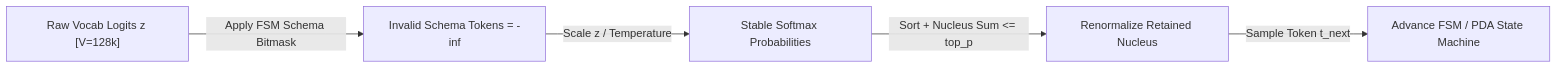
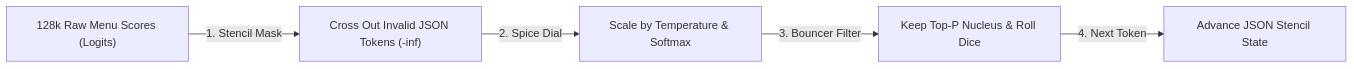
One commit to manjunathk833/codingforinterviews changed the diagram in knowledgebase/05-ai-engineering/07-sampling-physics-and-constrained-structured-outputs.md. Above: the diagram before and after it, drawn with Mermaid. The commit also changed other lines of this file and 55 other files, not shown here.

````diff
--- a/knowledgebase/05-ai-engineering/07-sampling-physics-and-constrained-structured-outputs.md
+++ b/knowledgebase/05-ai-engineering/07-sampling-physics-and-constrained-structured-outputs.md
@@ -69,7 +105,7 @@
 ```mermaid
 flowchart LR
-  Logits["Raw Vocab Logits z [V=128k]"] -->|Apply FSM Schema Bitmask| Mask["Invalid Schema Tokens = -inf"]
-  Mask -->|Scale z / Temperature| Soft["Stable Softmax Probabilities"]
-  Soft -->|Sort + Nucleus Sum <= top_p| Renorm["Renormalize Retained Nucleus"]
-  Renorm -->|Sample Token t_next| Adv["Advance FSM / PDA State Machine"]
+  Logits["128k Raw Menu Scores (Logits)"] -->|1. Stencil Mask| Mask["Cross Out Invalid JSON Tokens (-inf)"]
+  Mask -->|2. Spice Dial| Temp["Scale by Temperature & Softmax"]
+  Temp -->|3. Bouncer Filter| TopP["Keep Top-P Nucleus & Roll Dice"]
+  TopP -->|4. Next Token| State["Advance JSON Stencil State"]
 ```
````
